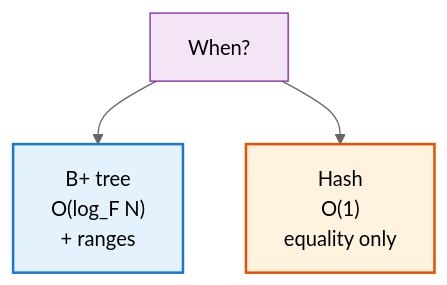
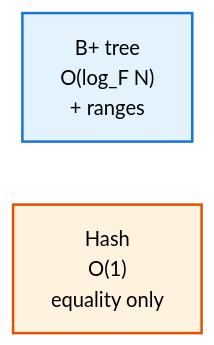
Before and after one commit to ufdatastudio/cop5725fa26: the first of 10 diagrams in lecture-outlines/day27-hash-indexes/slides.md, drawn with Mermaid (neutral theme). The commit also changed other lines of this file and 50 other files, not shown here.

````diff
--- a/lecture-outlines/day27-hash-indexes/slides.md
+++ b/lecture-outlines/day27-hash-indexes/slides.md
@@ -42,14 +42,8 @@
 ```mermaid
 graph TB
-  B["B+ tree<br/>O(log_F N)<br/>+ ranges"]
-  H["Hash<br/>O(1)<br/>equality only"]
-  W["When?"]
-  W --> B
-  W --> H
+  B["B+ tree<br/>O(log_F N)<br/>+ ranges"] ~~~ H["Hash<br/>O(1)<br/>equality only"]
   classDef tree fill:#e3f2fd,stroke:#1976d2,stroke-width:2px
   classDef hash fill:#fff3e0,stroke:#e65100,stroke-width:2px
-  classDef root fill:#f3e5f5,stroke:#7b1fa2
   class B tree
   class H hash
-  class W root
 ```
````
